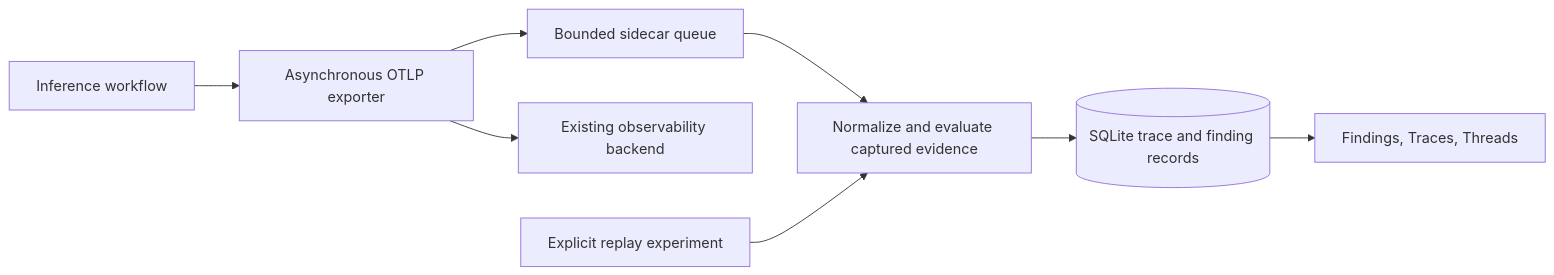
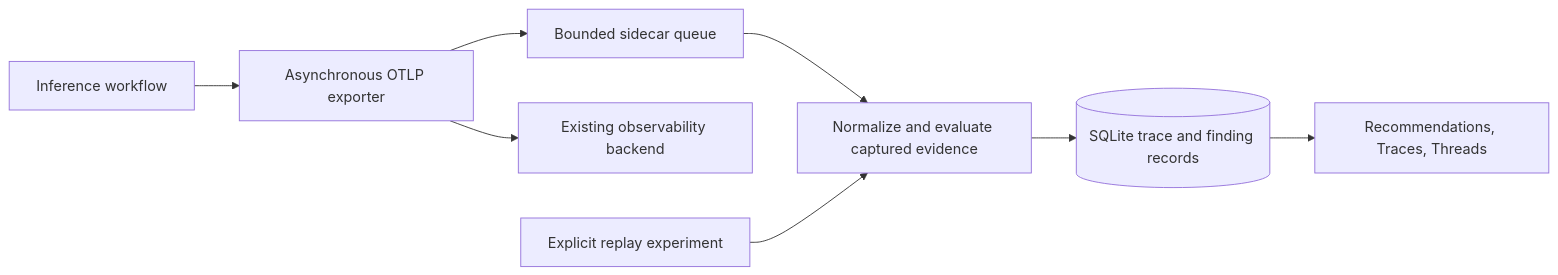
Before and after one commit to thakur-ro/A2Context: the second of 4 diagrams in docs/architecture.md, drawn with Mermaid. The commit also changed other lines of this file and 22 other files, not shown here.

````diff
--- a/docs/architecture.md
+++ b/docs/architecture.md
@@ -28,10 +28,10 @@
 ```mermaid
 flowchart LR
     A[Inference workflow] --> B[Asynchronous OTLP exporter]
     B --> C[Bounded sidecar queue]
     B --> D[Existing observability backend]
     C --> E[Normalize and evaluate captured evidence]
     E --> F[(SQLite trace and finding records)]
-    F --> G[Findings, Traces, Threads]
+    F --> G[Recommendations, Traces, Threads]
     H[Explicit replay experiment] --> E
 ```
````
